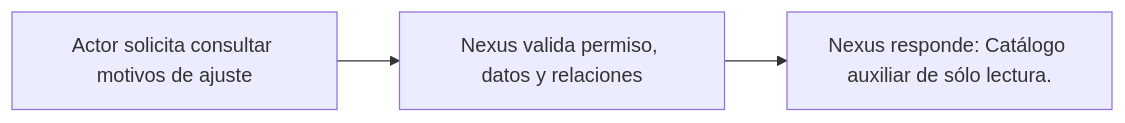
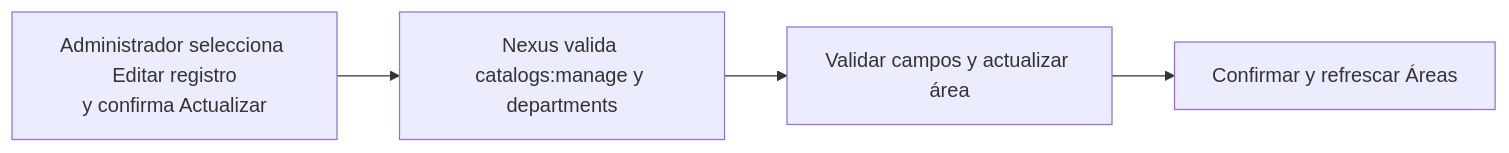
One commit to gpgsistemas01/nexus changed the diagram in docs/requirements/diagrams/catalogs/cu-cat-29.md. Above: the diagram before and after it, drawn with Mermaid. The commit also changed other lines of this file and 126 other files, not shown here.

````diff
--- a/docs/requirements/diagrams/catalogs/cu-cat-29.md
+++ b/docs/requirements/diagrams/catalogs/cu-cat-29.md
@@ -3,5 +3,6 @@
 ```mermaid
 flowchart LR
-    request["Actor solicita consultar motivos de ajuste"] --> validate["Nexus valida permiso, datos y relaciones"]
-    validate --> result["Nexus responde: Catálogo auxiliar de sólo lectura."]
+    request["Administrador selecciona Editar registro<br/>y confirma Actualizar"] --> authorize["Nexus valida catalogs:manage y departments"]
+    authorize --> persist["Validar campos y actualizar área"]
+    persist --> result["Confirmar y refrescar Áreas"]
 ```
````
